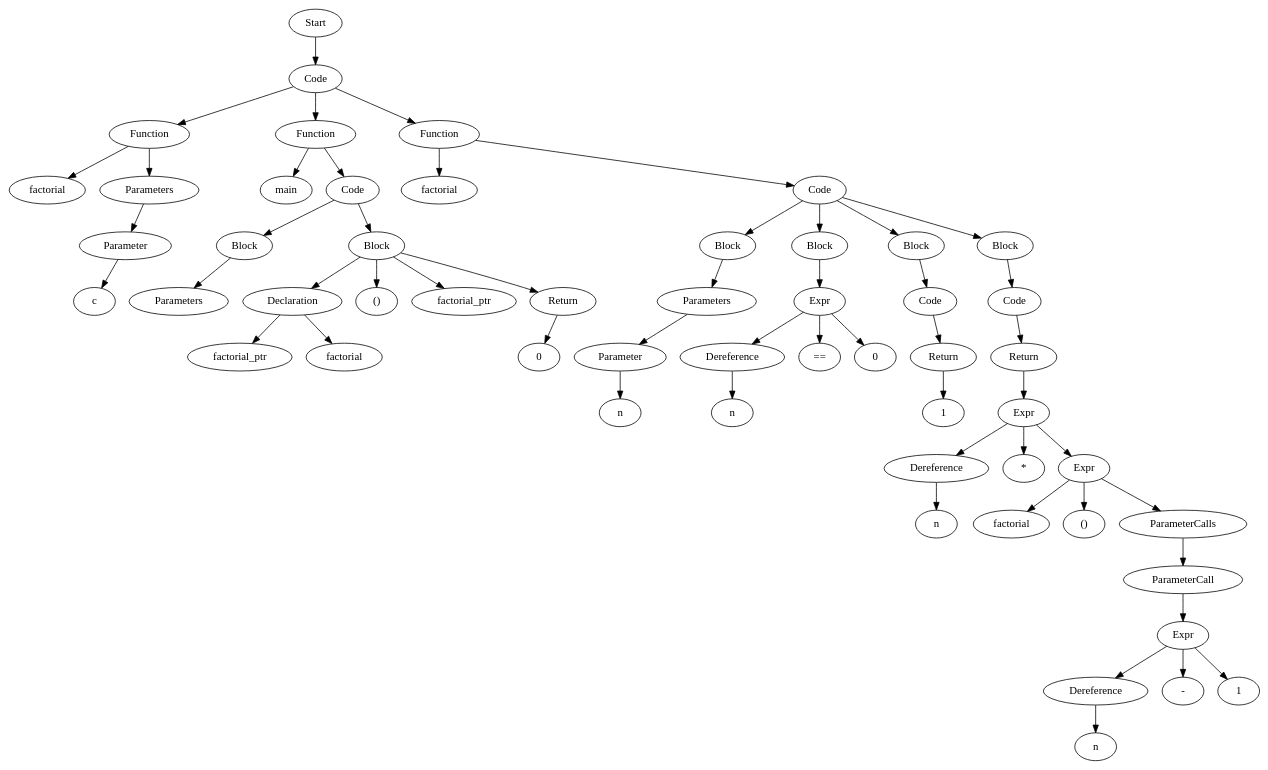
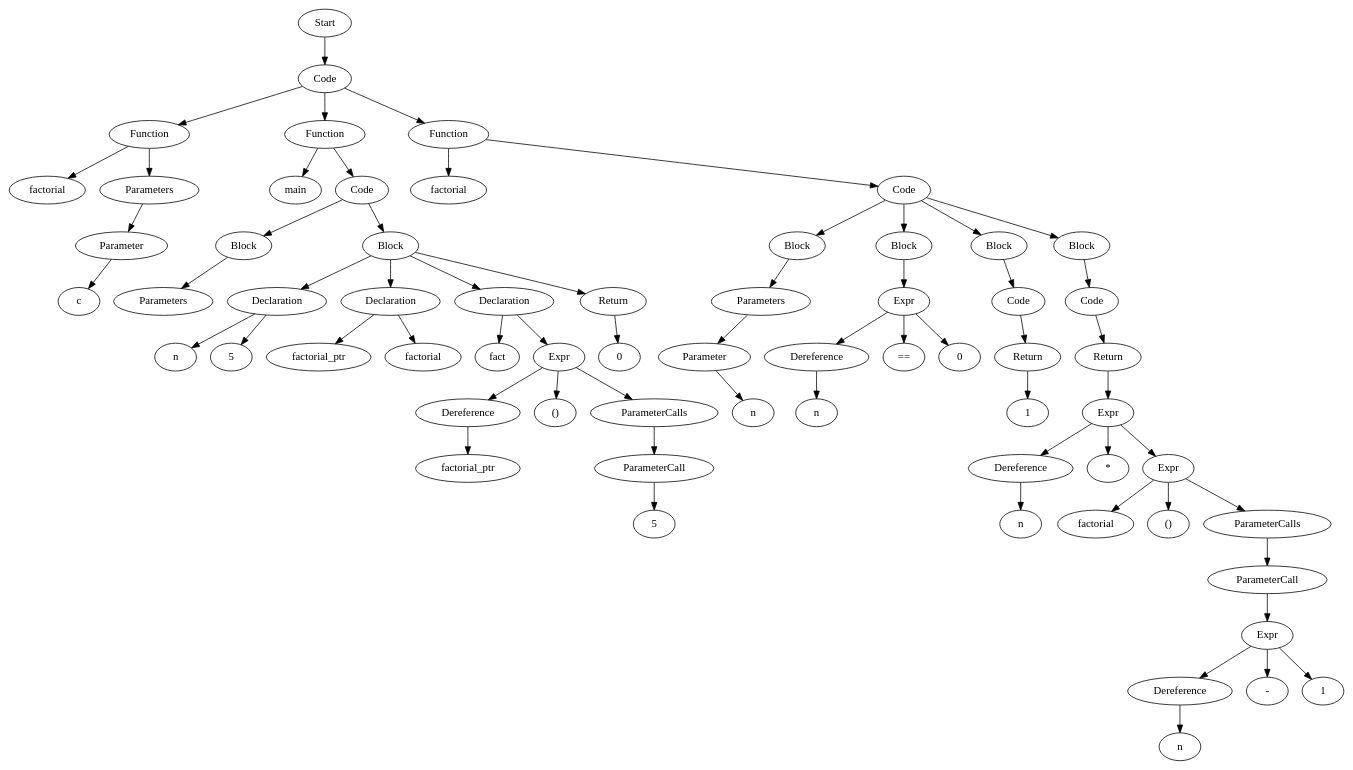
One commit to Are-you-listening/Compilers changed the diagram in example_source_files/47_function_pointer/47_function_pointer_ast.dot. Above: the diagram before and after it, drawn with Graphviz. The commit also changed 413 other files, not shown here.

```diff
--- a/example_source_files/47_function_pointer/47_function_pointer_ast.dot
+++ b/example_source_files/47_function_pointer/47_function_pointer_ast.dot
@@ -1,109 +1,129 @@
 digraph AST {
-  "138081630257264" [label="Start"];
-  "138081630257264" -> "138081630264128";
-  "138081630264128" [label="Code"];
-  "138081630264128" -> "138081630269456";
-  "138081630264128" -> "138081630268112";
-  "138081630264128" -> "138081630375888";
-  "138081630269456" [label="Function"];
-  "138081630269456" -> "138081630258800";
-  "138081630269456" -> "138081630262688";
-  "138081630258800" [label="factorial"];
-  "138081630262688" [label="Parameters"];
-  "138081630262688" -> "138081630260672";
-  "138081630260672" [label="Parameter"];
-  "138081630260672" -> "138081630261632";
-  "138081630261632" [label="c"];
-  "138081630268112" [label="Function"];
-  "138081630268112" -> "138081630268256";
-  "138081630268112" -> "138081630258848";
-  "138081630268256" [label="main"];
-  "138081630258848" [label="Code"];
-  "138081630258848" -> "138081630381168";
-  "138081630258848" -> "138081630385296";
-  "138081630381168" [label="Block"];
-  "138081630381168" -> "138081630258416";
-  "138081630258416" [label="Parameters"];
-  "138081630385296" [label="Block"];
-  "138081630385296" -> "138081630262400";
-  "138081630385296" -> "138081630381024";
-  "138081630385296" -> "138081630373824";
-  "138081630385296" -> "138081630375024";
-  "138081630262400" [label="Declaration"];
-  "138081630262400" -> "138081630272768";
-  "138081630262400" -> "138081630372096";
-  "138081630272768" [label="factorial_ptr"];
-  "138081630372096" [label="factorial"];
-  "138081630381024" [label="()"];
-  "138081630373824" [label="factorial_ptr"];
-  "138081630375024" [label="Return"];
-  "138081630375024" -> "138081630375744";
-  "138081630375744" [label="0"];
-  "138081630375888" [label="Function"];
-  "138081630375888" -> "138081630376416";
-  "138081630375888" -> "138081630377664";
-  "138081630376416" [label="factorial"];
-  "138081630377664" [label="Code"];
-  "138081630377664" -> "138081630386544";
-  "138081630377664" -> "138081630386592";
-  "138081630377664" -> "138081630385872";
-  "138081630377664" -> "138081630385920";
-  "138081630386544" [label="Block"];
-  "138081630386544" -> "138081630376704";
-  "138081630376704" [label="Parameters"];
-  "138081630376704" -> "138081630376896";
-  "138081630376896" [label="Parameter"];
-  "138081630376896" -> "138081630377376";
-  "138081630377376" [label="n"];
-  "138081630386592" [label="Block"];
-  "138081630386592" -> "138081630378336";
-  "138081630378336" [label="Expr"];
-  "138081630378336" -> "138081630381792";
-  "138081630378336" -> "138081630378960";
-  "138081630378336" -> "138081630379488";
-  "138081630381792" [label="Dereference"];
-  "138081630381792" -> "138081630378912";
-  "138081630378912" [label="n"];
-  "138081630378960" [label="=="];
-  "138081630379488" [label="0"];
-  "138081630385872" [label="Block"];
-  "138081630385872" -> "138081630379776";
-  "138081630379776" [label="Code"];
-  "138081630379776" -> "138081630380160";
-  "138081630380160" [label="Return"];
-  "138081630380160" -> "138081630380880";
-  "138081630380880" [label="1"];
-  "138081630385920" [label="Block"];
-  "138081630385920" -> "138081630381360";
-  "138081630381360" [label="Code"];
-  "138081630381360" -> "138081630381744";
-  "138081630381744" [label="Return"];
-  "138081630381744" -> "138081630382080";
-  "138081630382080" [label="Expr"];
-  "138081630382080" -> "138081630381888";
-  "138081630382080" -> "138081630382704";
-  "138081630382080" -> "138081630382848";
-  "138081630381888" [label="Dereference"];
-  "138081630381888" -> "138081630382656";
-  "138081630382656" [label="n"];
-  "138081630382704" [label="*"];
-  "138081630382848" [label="Expr"];
-  "138081630382848" -> "138081630383424";
-  "138081630382848" -> "138081630378048";
-  "138081630382848" -> "138081630383616";
-  "138081630383424" [label="factorial"];
-  "138081630378048" [label="()"];
-  "138081630383616" [label="ParameterCalls"];
-  "138081630383616" -> "138081630383808";
-  "138081630383808" [label="ParameterCall"];
-  "138081630383808" -> "138081630384000";
-  "138081630384000" [label="Expr"];
-  "138081630384000" -> "138081630380208";
-  "138081630384000" -> "138081630384624";
-  "138081630384000" -> "138081630385152";
-  "138081630380208" [label="Dereference"];
-  "138081630380208" -> "138081630384576";
-  "138081630384576" [label="n"];
-  "138081630384624" [label="-"];
-  "138081630385152" [label="1"];
+  "131879695791392" [label="Start"];
+  "131879695791392" -> "131879695790288";
+  "131879695790288" [label="Code"];
+  "131879695790288" -> "131879695791152";
+  "131879695790288" -> "131879695789808";
+  "131879695790288" -> "131879695889648";
+  "131879695791152" [label="Function"];
+  "131879695791152" -> "131879695792496";
+  "131879695791152" -> "131879695791872";
+  "131879695792496" [label="factorial"];
+  "131879695791872" [label="Parameters"];
+  "131879695791872" -> "131879695791920";
+  "131879695791920" [label="Parameter"];
+  "131879695791920" -> "131879695788080";
+  "131879695788080" [label="c"];
+  "131879695789808" [label="Function"];
+  "131879695789808" -> "131879695792208";
+  "131879695789808" -> "131879695880288";
+  "131879695792208" [label="main"];
+  "131879695880288" [label="Code"];
+  "131879695880288" -> "131879696010448";
+  "131879695880288" -> "131879696010400";
+  "131879696010448" [label="Block"];
+  "131879696010448" -> "131879695880720";
+  "131879695880720" [label="Parameters"];
+  "131879696010400" [label="Block"];
+  "131879696010400" -> "131879695876832";
+  "131879696010400" -> "131879695878368";
+  "131879696010400" -> "131879695888688";
+  "131879696010400" -> "131879695889024";
+  "131879695876832" [label="Declaration"];
+  "131879695876832" -> "131879695877792";
+  "131879695876832" -> "131879695879280";
+  "131879695877792" [label="n"];
+  "131879695879280" [label="5"];
+  "131879695878368" [label="Declaration"];
+  "131879695878368" -> "131879695887584";
+  "131879695878368" -> "131879695889072";
+  "131879695887584" [label="factorial_ptr"];
+  "131879695889072" [label="factorial"];
+  "131879695888688" [label="Declaration"];
+  "131879695888688" -> "131879695888640";
+  "131879695888688" -> "131879695878464";
+  "131879695888640" [label="fact"];
+  "131879695878464" [label="Expr"];
+  "131879695878464" -> "131879695877024";
+  "131879695878464" -> "131879695877600";
+  "131879695878464" -> "131879695886864";
+  "131879695877024" [label="Dereference"];
+  "131879695877024" -> "131879695883552";
+  "131879695883552" [label="factorial_ptr"];
+  "131879695877600" [label="()"];
+  "131879695886864" [label="ParameterCalls"];
+  "131879695886864" -> "131879695887248";
+  "131879695887248" [label="ParameterCall"];
+  "131879695887248" -> "131879695877408";
+  "131879695877408" [label="5"];
+  "131879695889024" [label="Return"];
+  "131879695889024" -> "131879695889504";
+  "131879695889504" [label="0"];
+  "131879695889648" [label="Function"];
+  "131879695889648" -> "131879695890176";
+  "131879695889648" -> "131879695891424";
+  "131879695890176" [label="factorial"];
+  "131879695891424" [label="Code"];
+  "131879695891424" -> "131879696007712";
+  "131879695891424" -> "131879696011984";
+  "131879695891424" -> "131879696007760";
+  "131879695891424" -> "131879696012896";
+  "131879696007712" [label="Block"];
+  "131879696007712" -> "131879695890464";
+  "131879695890464" [label="Parameters"];
+  "131879695890464" -> "131879695890656";
+  "131879695890656" [label="Parameter"];
+  "131879695890656" -> "131879695891136";
+  "131879695891136" [label="n"];
+  "131879696011984" [label="Block"];
+  "131879696011984" -> "131879695892096";
+  "131879695892096" [label="Expr"];
+  "131879695892096" -> "131879696012560";
+  "131879695892096" -> "131879696007472";
+  "131879695892096" -> "131879696008000";
+  "131879696012560" [label="Dereference"];
+  "131879696012560" -> "131879696007424";
+  "131879696007424" [label="n"];
+  "131879696007472" [label="=="];
+  "131879696008000" [label="0"];
+  "131879696007760" [label="Block"];
+  "131879696007760" -> "131879696008288";
+  "131879696008288" [label="Code"];
+  "131879696008288" -> "131879696008672";
+  "131879696008672" [label="Return"];
+  "131879696008672" -> "131879696009392";
+  "131879696009392" [label="1"];
+  "131879696012896" [label="Block"];
+  "131879696012896" -> "131879696009872";
+  "131879696009872" [label="Code"];
+  "131879696009872" -> "131879696010256";
+  "131879696010256" [label="Return"];
+  "131879696010256" -> "131879696010592";
+  "131879696010592" [label="Expr"];
+  "131879696010592" -> "131879696010016";
+  "131879696010592" -> "131879696011216";
+  "131879696010592" -> "131879696011360";
+  "131879696010016" [label="Dereference"];
+  "131879696010016" -> "131879696011168";
+  "131879696011168" [label="n"];
+  "131879696011216" [label="*"];
+  "131879696011360" [label="Expr"];
+  "131879696011360" -> "131879696011936";
+  "131879696011360" -> "131879695881824";
+  "131879696011360" -> "131879696012128";
+  "131879696011936" [label="factorial"];
+  "131879695881824" [label="()"];
+  "131879696012128" [label="ParameterCalls"];
+  "131879696012128" -> "131879696012320";
+  "131879696012320" [label="ParameterCall"];
+  "131879696012320" -> "131879696012512";
+  "131879696012512" [label="Expr"];
+  "131879696012512" -> "131879696010304";
+  "131879696012512" -> "131879696013136";
+  "131879696012512" -> "131879696013664";
+  "131879696010304" [label="Dereference"];
+  "131879696010304" -> "131879696013088";
+  "131879696013088" [label="n"];
+  "131879696013136" [label="-"];
+  "131879696013664" [label="1"];
 }
```
